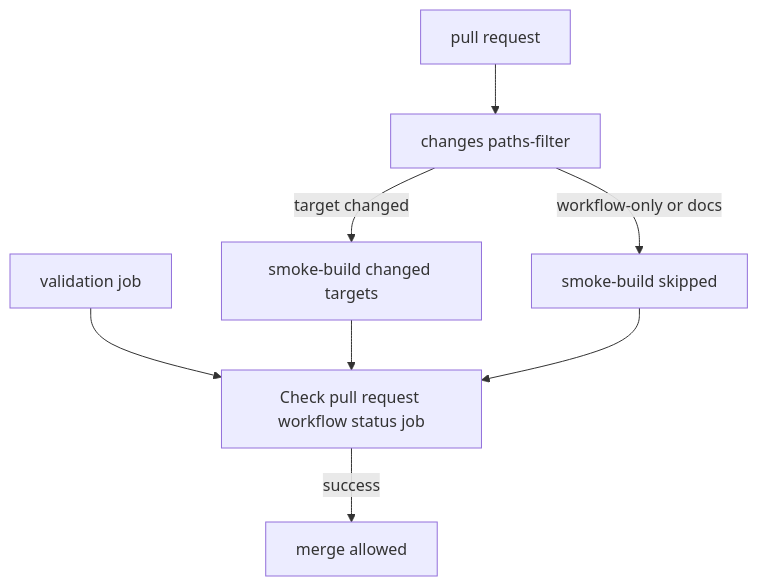
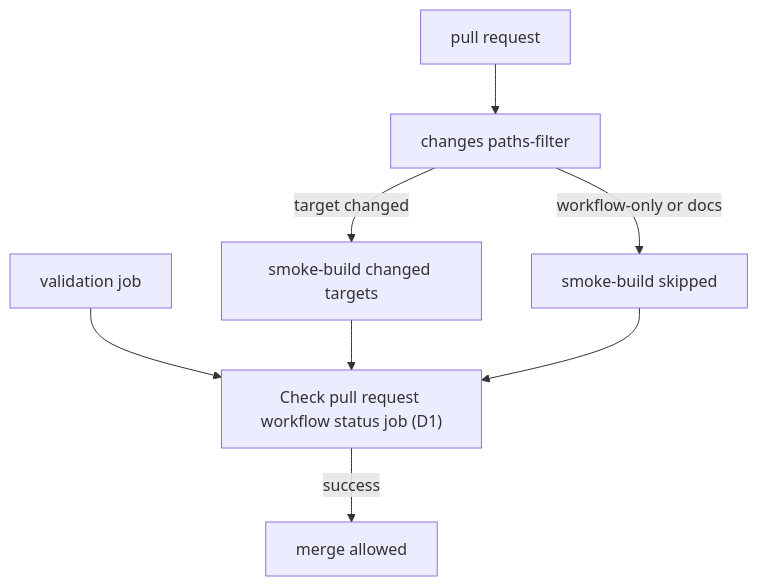
The fourth of 5 diagrams in WORKFLOW.md (ptr727/Blog), drawn with Mermaid before and after one commit. The commit also changed other lines of this file and 50 other files, not shown here.

````diff
--- a/WORKFLOW.md
+++ b/WORKFLOW.md
@@ -104,10 +107,10 @@
 ```mermaid
 flowchart TD
   pr[pull request] --> ch[changes paths-filter]
   ch -->|target changed| sb[smoke-build changed targets]
   ch -->|workflow-only or docs| skip[smoke-build skipped]
-  val[validation job] --> agg[Check pull request workflow status job]
+  val[validation job] --> agg["Check pull request workflow status job (D1)"]
   sb --> agg
   skip --> agg
   agg -->|success| ok[merge allowed]
 ```
````
